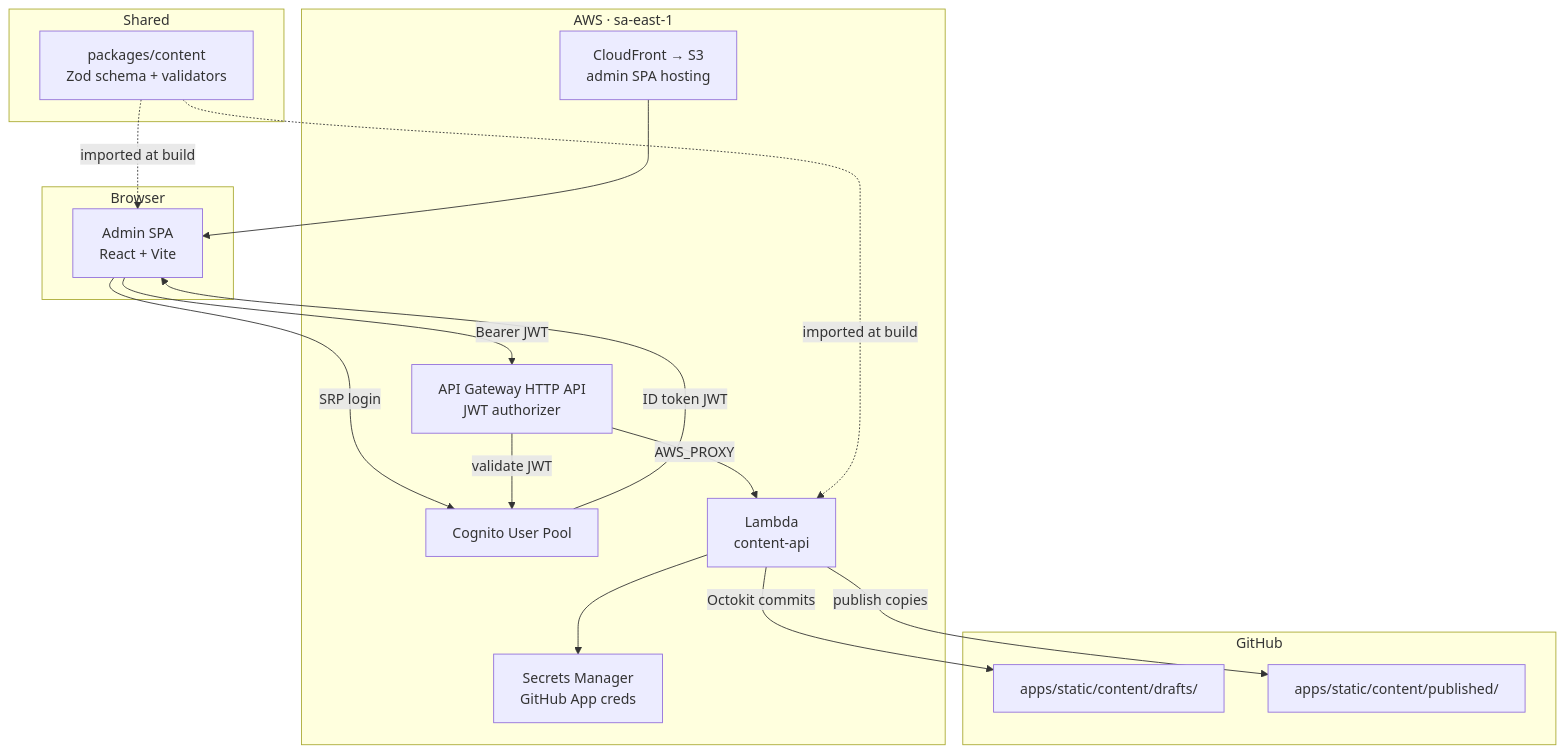
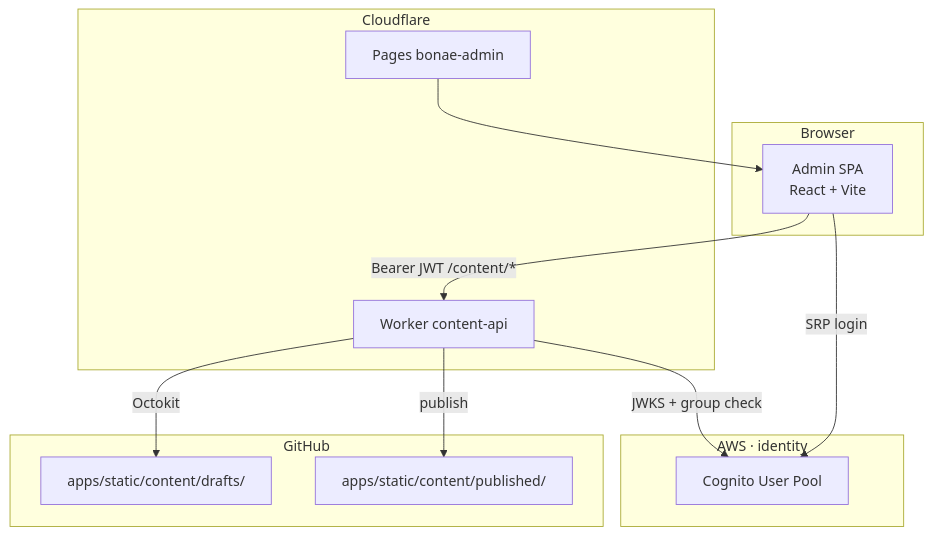
The diagram in docs/admin-spa.md (Bonae-Tech/bonae-tech), drawn with Mermaid before and after one commit. The commit also changed other lines of this file and 62 other files, not shown here.

First line of the commit message:
Hybrid Cloudflare + AWS Cognito architecture (#58)

````diff
--- a/docs/admin-spa.md
+++ b/docs/admin-spa.md
@@ -13,35 +13,27 @@
 ```mermaid
 flowchart TD
     subgraph Browser
         AdminSPA["Admin SPA\nReact + Vite"]
     end
 
-    subgraph AWS["AWS · sa-east-1"]
+    subgraph AWS["AWS · identity"]
         Cognito["Cognito User Pool"]
-        APIGW["API Gateway HTTP API\nJWT authorizer"]
-        Lambda["Lambda\ncontent-api"]
-        SM["Secrets Manager\nGitHub App creds"]
-        CF["CloudFront → S3\nadmin SPA hosting"]
+    end
+
+    subgraph Cloudflare
+        Pages["Pages bonae-admin"]
+        Worker["Worker content-api"]
     end
 
     subgraph GitHub
         Drafts["apps/static/content/drafts/"]
         Published["apps/static/content/published/"]
     end
 
-    subgraph Shared
-        PC["packages/content\nZod schema + validators"]
-    end
-
-    CF --> AdminSPA
+    Pages --> AdminSPA
     AdminSPA -->|"SRP login"| Cognito
-    Cognito -->|"ID token JWT"| AdminSPA
-    AdminSPA -->|"Bearer JWT"| APIGW
-    APIGW -->|"validate JWT"| Cognito
-    APIGW -->|"AWS_PROXY"| Lambda
-    Lambda --> SM
-    Lambda -->|"Octokit commits"| Drafts
-    Lambda -->|"publish copies"| Published
-    PC -.->|"imported at build"| AdminSPA
-    PC -.->|"imported at build"| Lambda
+    AdminSPA -->|"Bearer JWT /content/*"| Worker
+    Worker -->|"JWKS + group check"| Cognito
+    Worker -->|"Octokit"| Drafts
+    Worker -->|"publish"| Published
 ```
````
